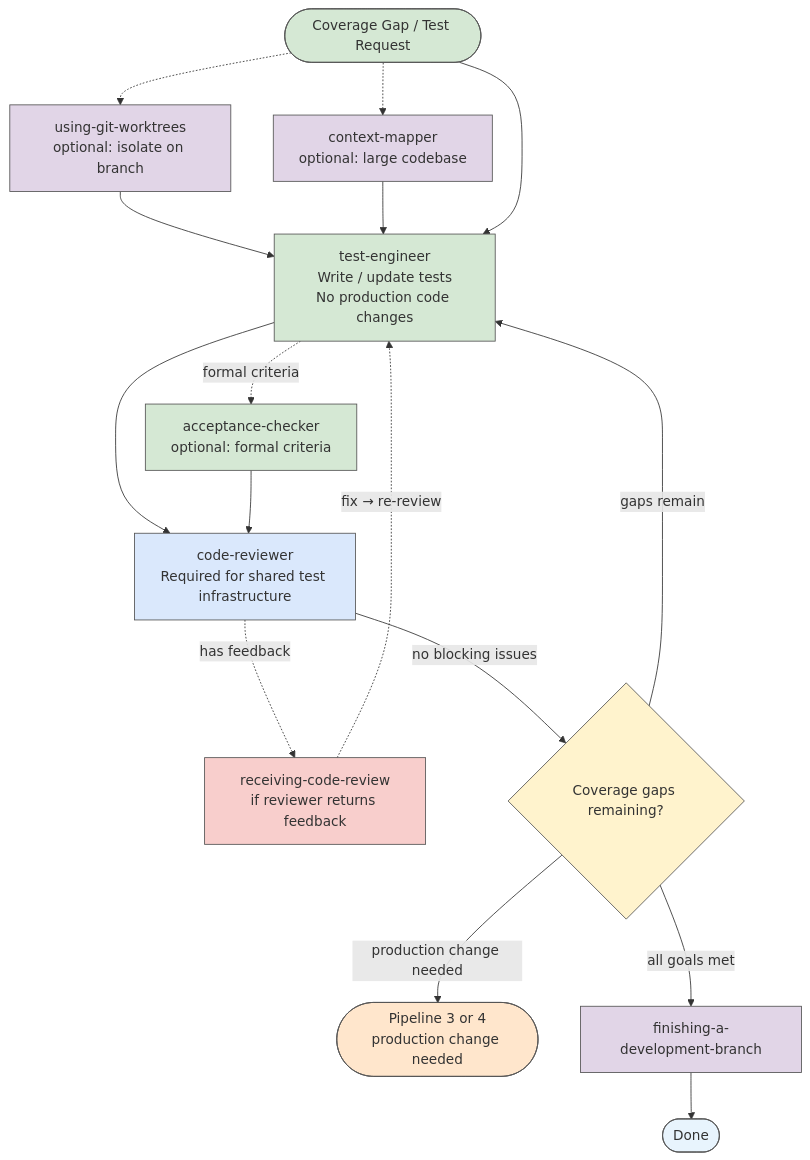
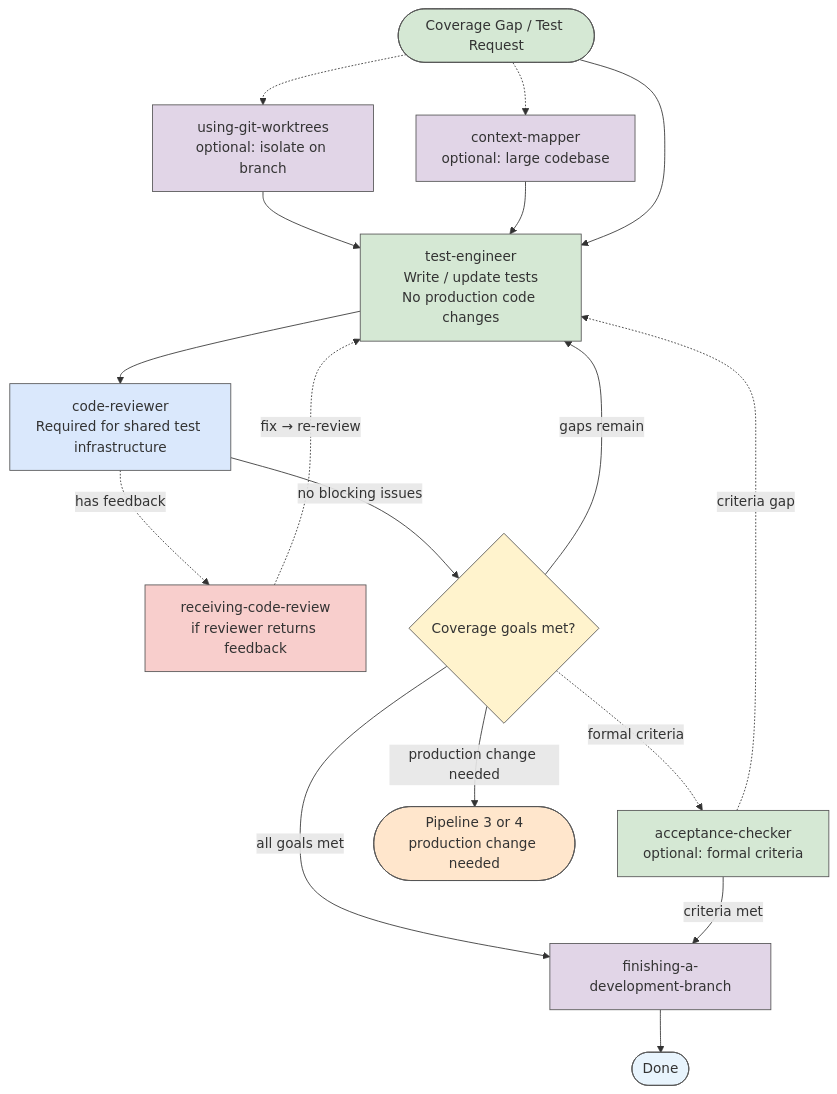
The ninth of 13 diagrams in USER-MANUAL.md (yuriyvsavchuk/devflow), drawn with Mermaid before and after one commit. The commit also changed other lines of this file and 14 other files, not shown here.

````diff
--- a/USER-MANUAL.md
+++ b/USER-MANUAL.md
@@ -744,38 +875,39 @@
 ```mermaid
 graph TD
     classDef startEnd fill:#D5E8D4,stroke:#555
     classDef optional fill:#E1D5E7,stroke:#555
     classDef testing fill:#D5E8D4,stroke:#555
     classDef review fill:#DAE8FC,stroke:#555
     classDef feedback fill:#F8CECC,stroke:#555
     classDef decision fill:#FFF3CD,stroke:#555
     classDef escalate fill:#FFE6CC,stroke:#555
     classDef done fill:#E8F4FD,stroke:#555
 
     start([Coverage Gap / Test Request]):::startEnd
     worktree[using-git-worktrees<br/>optional: isolate on branch]:::optional
     mapper[context-mapper<br/>optional: large codebase]:::optional
     engineer[test-engineer<br/>Write / update tests<br/>No production code changes]:::testing
-    accept[acceptance-checker<br/>optional: formal criteria]:::testing
     review[code-reviewer<br/>Required for shared test infrastructure]:::review
     rcr[receiving-code-review<br/>if reviewer returns feedback]:::feedback
-    decision{Coverage gaps remaining?}:::decision
+    decision{Coverage goals met?}:::decision
+    accept[acceptance-checker<br/>optional: formal criteria]:::testing
     escalate([Pipeline 3 or 4<br/>production change needed]):::escalate
     finish[finishing-a-development-branch]:::optional
     done([Done]):::done
 
     start -.-> worktree & mapper
     worktree --> engineer
     mapper --> engineer
     start --> engineer
-    engineer -.->|formal criteria| accept
     engineer --> review
-    accept --> review
     review -.->|has feedback| rcr
     rcr -.->|fix → re-review| engineer
     review -->|no blocking issues| decision
     decision -->|gaps remain| engineer
     decision -->|production change needed| escalate
+    decision -.->|formal criteria| accept
     decision -->|all goals met| finish
+    accept -->|criteria met| finish
+    accept -.->|criteria gap| engineer
     finish --> done
 ```
````
